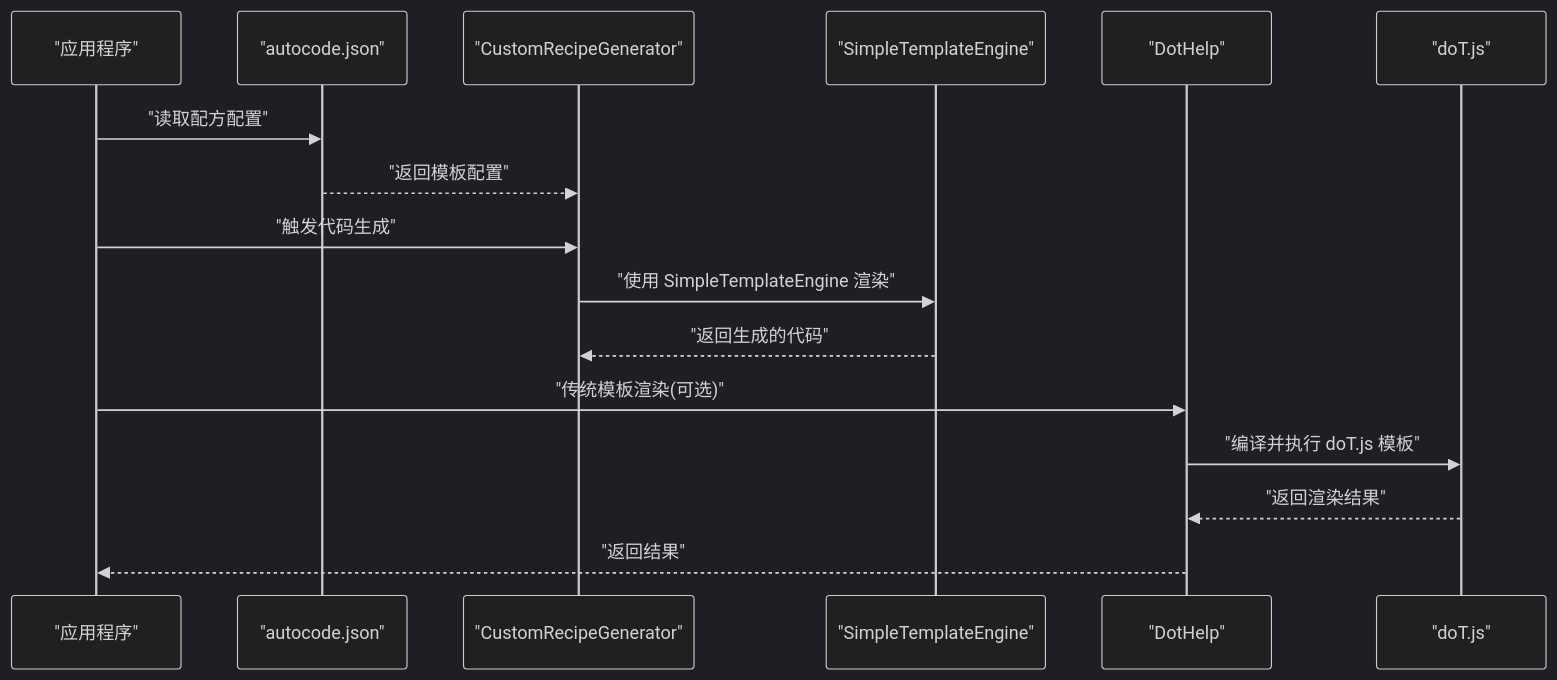
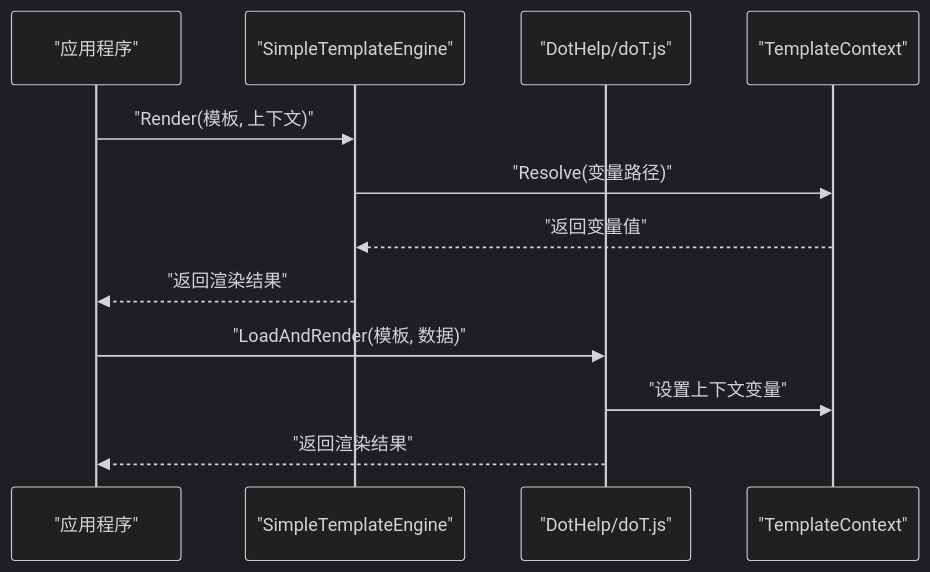
One commit to alivy/AutoCode changed the second of 4 diagrams in .qoder/repowiki/zh/content/模板系统/模板系统.md. Above: the diagram before and after it, drawn with Mermaid (dark theme). The commit also changed other lines of this file and 183 other files, not shown here.

````diff
--- a/.qoder/repowiki/zh/content/模板系统/模板系统.md
+++ b/.qoder/repowiki/zh/content/模板系统/模板系统.md
@@ -169,18 +134,14 @@
 ```mermaid
 sequenceDiagram
 participant App as "应用程序"
-participant Config as "autocode.json"
-participant CRG as "CustomRecipeGenerator"
-participant Engine as "SimpleTemplateEngine"
-participant Helper as "DotHelp"
-participant JS as "doT.js"
-App->>Config : "读取配方配置"
-Config-->>CRG : "返回模板配置"
-App->>CRG : "触发代码生成"
-CRG->>Engine : "使用 SimpleTemplateEngine 渲染"
-Engine-->>CRG : "返回生成的代码"
-App->>Helper : "传统模板渲染(可选)"
-Helper->>JS : "编译并执行 doT.js 模板"
-JS-->>Helper : "返回渲染结果"
-Helper-->>App : "返回结果"
+participant Liquid as "SimpleTemplateEngine"
+participant DoT as "DotHelp/doT.js"
+participant Context as "TemplateContext"
+App->>Liquid : "Render(模板, 上下文)"
+Liquid->>Context : "Resolve(变量路径)"
+Context-->>Liquid : "返回变量值"
+Liquid-->>App : "返回渲染结果"
+App->>DoT : "LoadAndRender(模板, 数据)"
+DoT->>Context : "设置上下文变量"
+DoT-->>App : "返回渲染结果"
 ```
````
